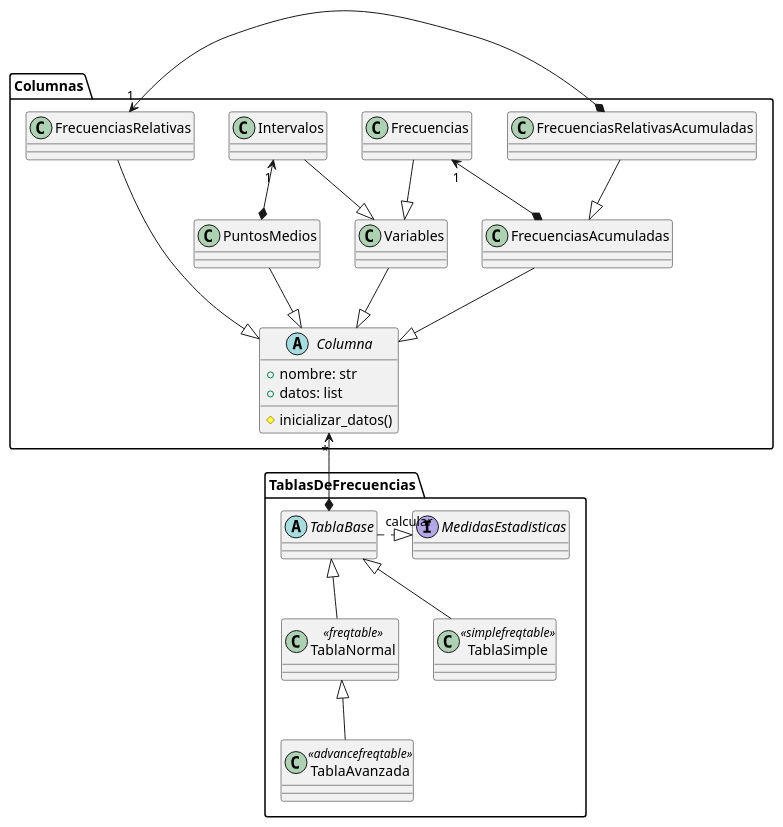
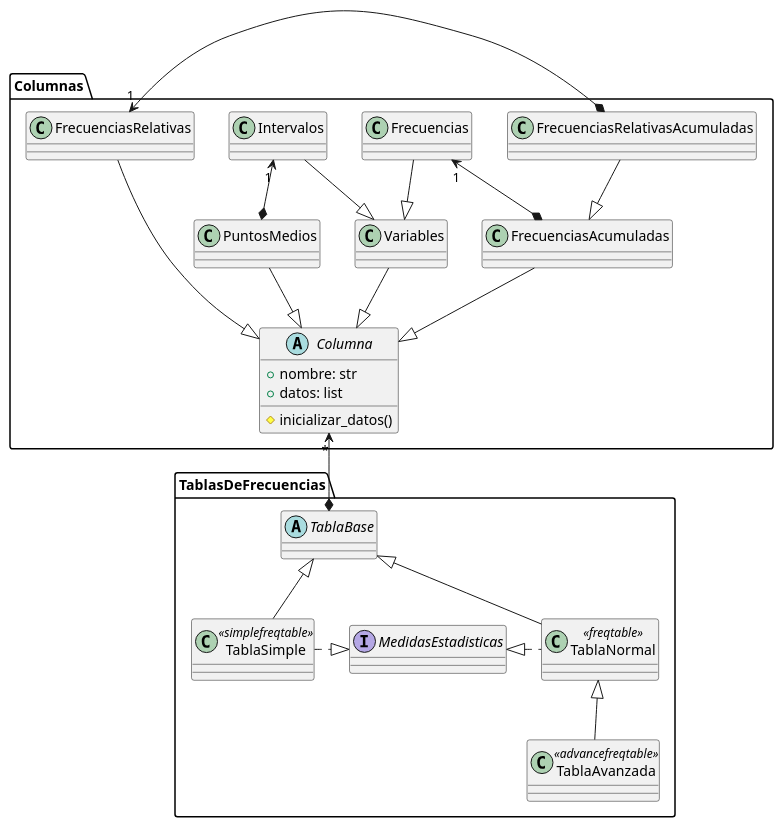
The diagram in docs/umls/clases.puml (xeland314/freqtables), drawn with PlantUML before and after one commit. The commit also changed 5 other files, not shown here.

First line of the commit message:
refactor: modify freqtable classes as the uml

```diff
--- a/docs/umls/clases.puml
+++ b/docs/umls/clases.puml
@@ -1,57 +1,58 @@
 @startuml TablasDeFrecuencia
 
 'skinparam groupInheritance 2
 'left to right direction
 
 ' Patrón estructural: Bridge
 package Columnas {
     ' Patrón de comportamiento: Command
     abstract class Columna {
         + nombre: str
         + datos: list
         # inicializar_datos()
     }
     class Variables {}
     class Intervalos {}
     class PuntosMedios {}
     class Frecuencias {}
     class FrecuenciasAcumuladas {}
     class FrecuenciasRelativas {}
     class FrecuenciasRelativasAcumuladas {}
     Variables --|> Columna
     Intervalos --|> Variables
     PuntosMedios --|> Columna
     Frecuencias --|> Variables
     FrecuenciasAcumuladas --|> Columna
     FrecuenciasRelativas --|> Columna
     FrecuenciasRelativasAcumuladas --|> FrecuenciasAcumuladas
     FrecuenciasAcumuladas *-left-> "1" Frecuencias
     FrecuenciasRelativasAcumuladas *-left-> "1" FrecuenciasRelativas
     PuntosMedios *-left-> "1" Intervalos
 }
 
 package TablasDeFrecuencias {
     'Patrón creacional: Prototype
     interface MedidasEstadisticas {
         
     }
     abstract class TablaBase {
 
     }
     class TablaSimple <<simplefreqtable>> {
 
     }
     class TablaNormal <<freqtable>> {
 
     }
     class TablaAvanzada <<advancefreqtable>> {
 
     }
-    TablaBase .right.|> "calcular" MedidasEstadisticas
     TablaBase *-up-> "*" Columna
     TablaSimple -up-|> TablaBase
+    TablaSimple .right.|> MedidasEstadisticas
+    TablaNormal .left.|> MedidasEstadisticas
     TablaNormal -up-|> TablaBase
     TablaAvanzada -up-|> TablaNormal
 }
 
 @enduml
```
